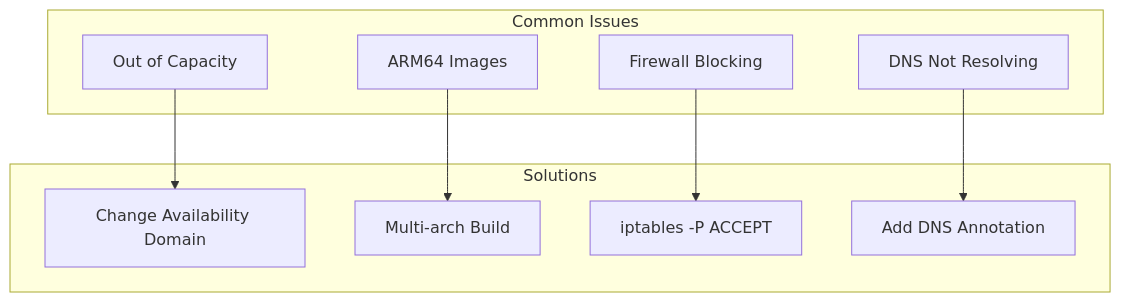
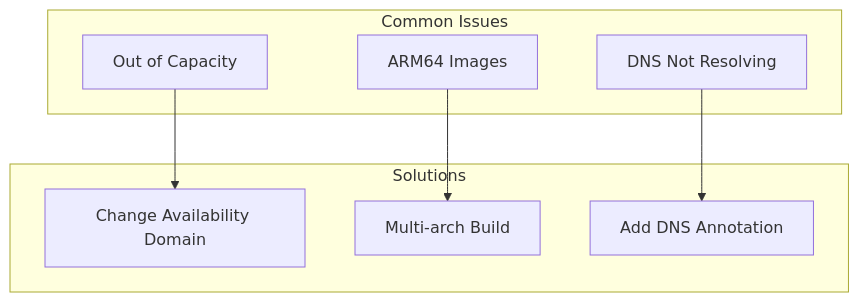
Before and after one commit to nsudhanva/k8s-oracle: the first of 2 diagrams in docs/src/content/docs/troubleshooting/common-issues.md, drawn with Mermaid. The commit also changed other lines of this file and 16 other files, not shown here.

Commit message:
docs: update architecture to OKE and fix envoy gateway subnet

````diff
--- a/docs/src/content/docs/troubleshooting/common-issues.md
+++ b/docs/src/content/docs/troubleshooting/common-issues.md
@@ -6,21 +6,18 @@
 ```mermaid
 flowchart TB
     subgraph Issues["Common Issues"]
         OOC[Out of Capacity]
         ARM[ARM64 Images]
-        FW[Firewall Blocking]
         DNS[DNS Not Resolving]
     end
 
     subgraph Solutions["Solutions"]
         AD[Change Availability Domain]
         Multi[Multi-arch Build]
-        IPT[iptables -P ACCEPT]
         Annot[Add DNS Annotation]
     end
 
     OOC --> AD
     ARM --> Multi
-    FW --> IPT
     DNS --> Annot
 ```
````
